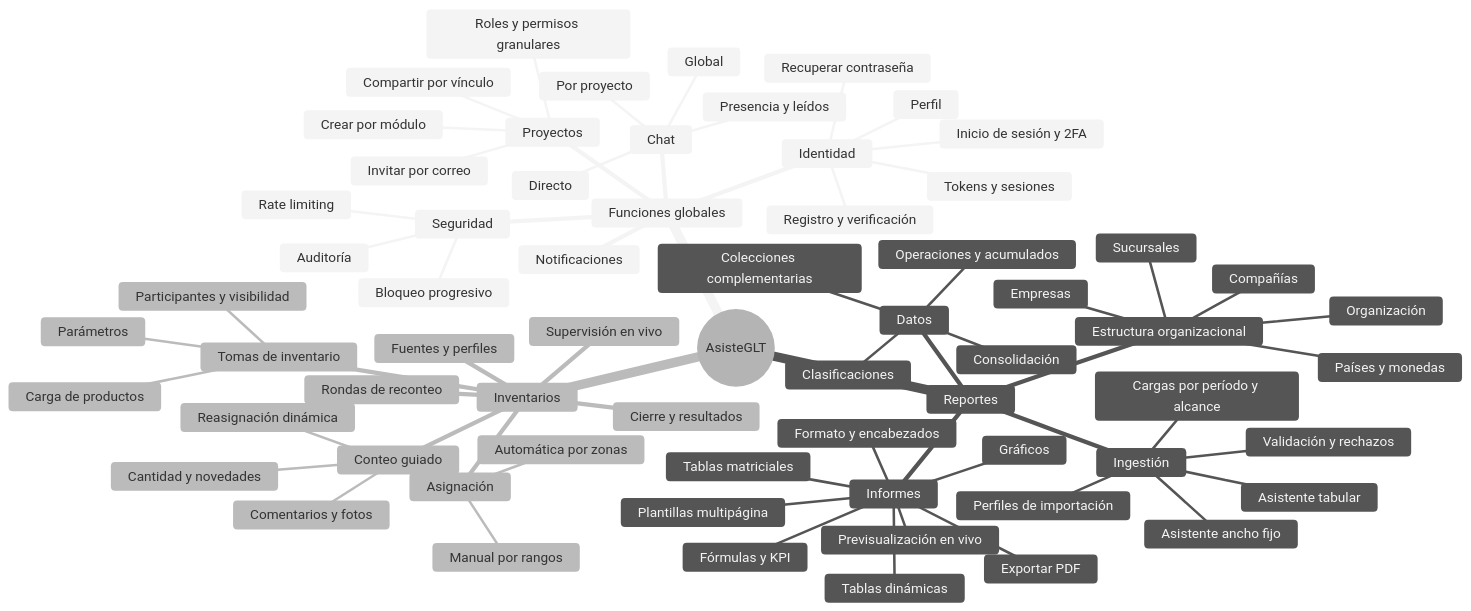
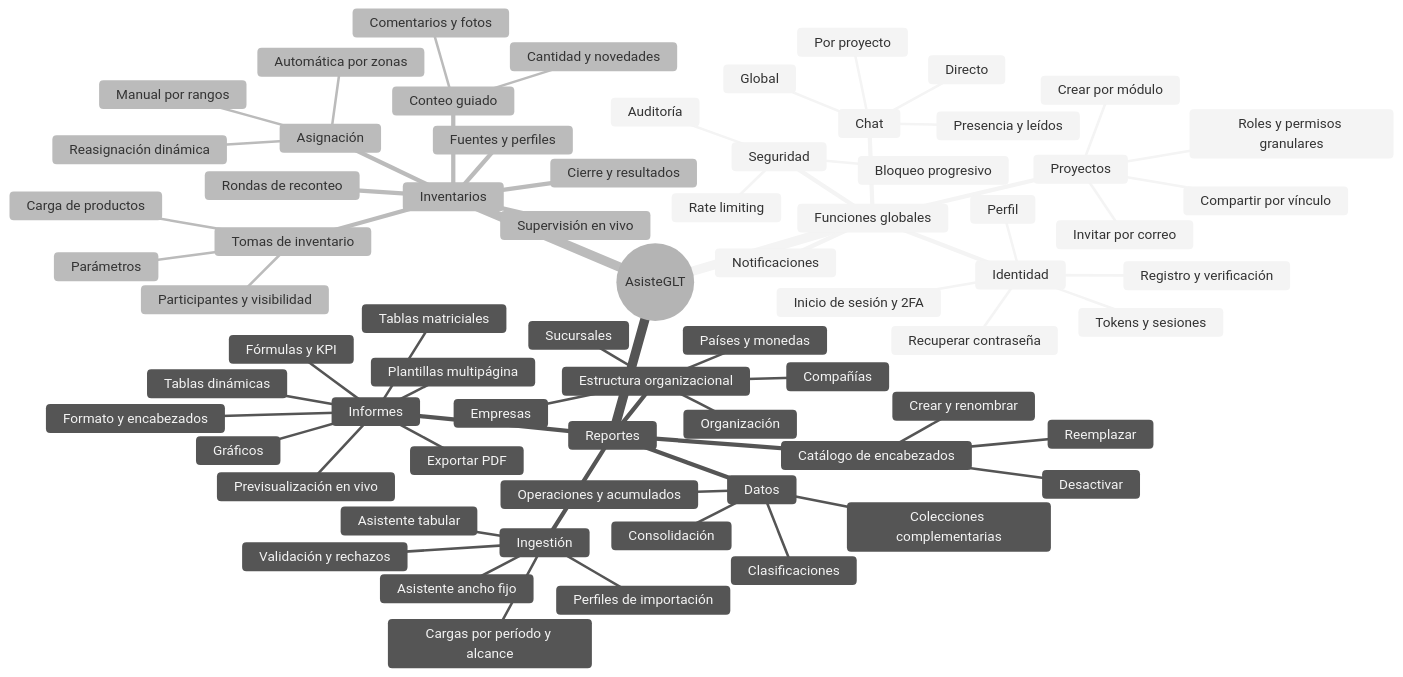
The first of 4 diagrams in docs/03-casos-de-uso.md (Axel-Esquivel/Asisteglt_v2), drawn with Mermaid (neutral theme) before and after one commit. The commit also changed other lines of this file and 10 other files, not shown here.

````diff
--- a/docs/03-casos-de-uso.md
+++ b/docs/03-casos-de-uso.md
@@ -5,69 +5,73 @@
 ```mermaid
 mindmap
   root((AsisteGLT))
     Funciones globales
       Identidad
         Registro y verificación
         Inicio de sesión y 2FA
         Tokens y sesiones
         Recuperar contraseña
         Perfil
       Seguridad
         Bloqueo progresivo
         Rate limiting
         Auditoría
       Proyectos
         Crear por módulo
         Compartir por vínculo
         Invitar por correo
         Roles y permisos granulares
       Chat
         Global
         Directo
         Por proyecto
         Presencia y leídos
       Notificaciones
     Reportes
       Estructura organizacional
         Organización
         Países y monedas
         Compañías
         Empresas
         Sucursales
+      Catálogo de encabezados
+        Crear y renombrar
+        Desactivar
+        Reemplazar
       Ingestión
         Perfiles de importación
         Asistente ancho fijo
         Asistente tabular
         Cargas por período y alcance
         Validación y rechazos
       Datos
         Colecciones complementarias
         Clasificaciones
         Consolidación
         Operaciones y acumulados
       Informes
         Plantillas multipágina
         Tablas matriciales
         Tablas dinámicas
         Gráficos
         Fórmulas y KPI
         Formato y encabezados
         Previsualización en vivo
         Exportar PDF
     Inventarios
       Fuentes y perfiles
       Tomas de inventario
         Parámetros
         Carga de productos
         Participantes y visibilidad
       Asignación
         Manual por rangos
         Automática por zonas
         Reasignación dinámica
       Conteo guiado
         Cantidad y novedades
         Comentarios y fotos
       Supervisión en vivo
       Rondas de reconteo
       Cierre y resultados
 ```
````
